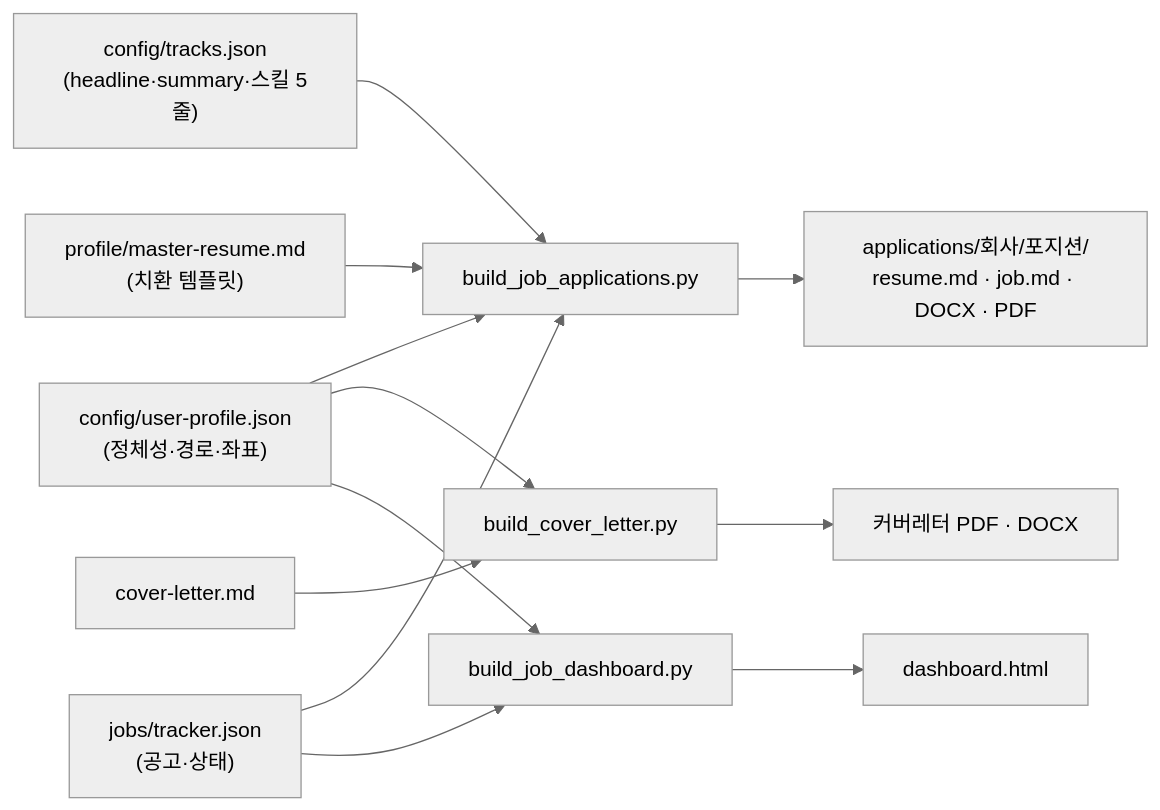
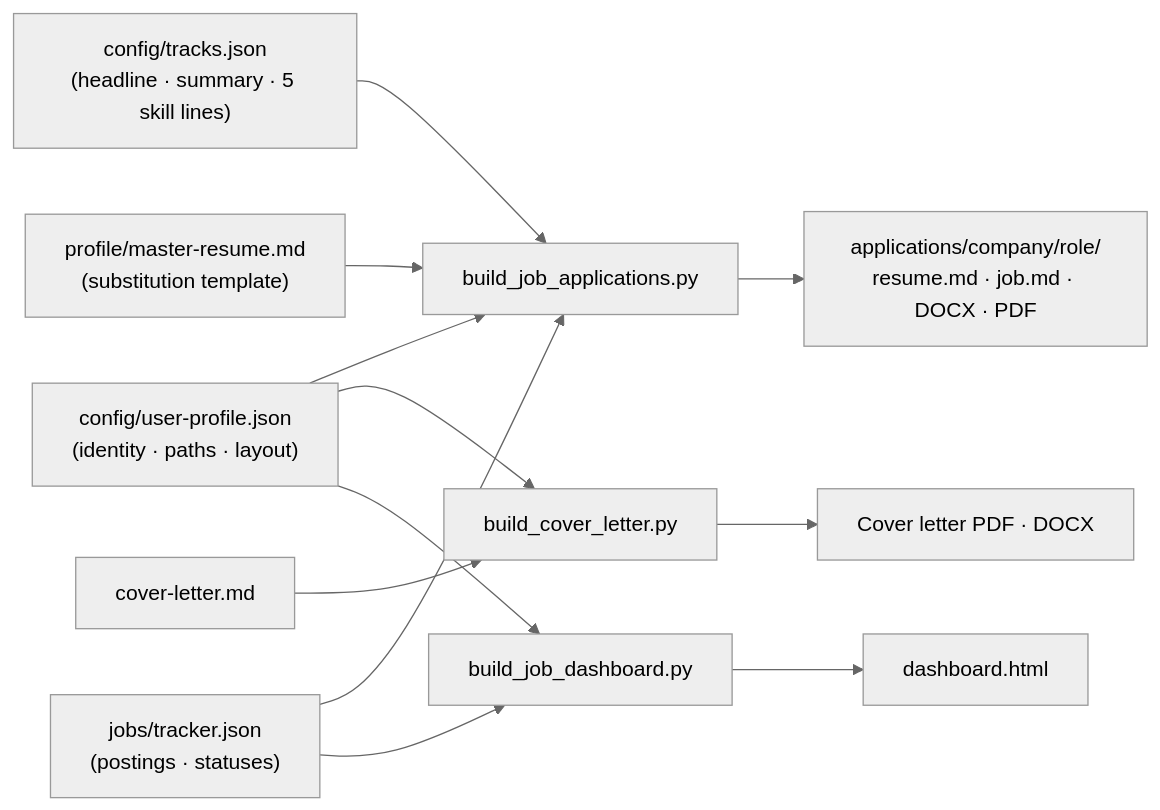
Before and after one commit to Jaeyong-seo/where-is-my-job: the fourth of 4 diagrams in README.md, drawn with Mermaid (neutral theme). The commit also changed other lines of this file, not shown here.

````diff
--- a/README.md
+++ b/README.md
@@ -91,14 +91,14 @@
 ```mermaid
 flowchart LR
-    UP["config/user-profile.json<br/>(정체성·경로·좌표)"] --> BJA
-    TR["config/tracks.json<br/>(headline·summary·스킬 5줄)"] --> BJA
-    MR["profile/master-resume.md<br/>(치환 템플릿)"] --> BJA
-    JT["jobs/tracker.json<br/>(공고·상태)"] --> BJA["build_job_applications.py"]
-    BJA --> APP["applications/회사/포지션/<br/>resume.md · job.md · DOCX · PDF"]
+    UP["config/user-profile.json<br/>(identity · paths · layout)"] --> BJA
+    TR["config/tracks.json<br/>(headline · summary · 5 skill lines)"] --> BJA
+    MR["profile/master-resume.md<br/>(substitution template)"] --> BJA
+    JT["jobs/tracker.json<br/>(postings · statuses)"] --> BJA["build_job_applications.py"]
+    BJA --> APP["applications/company/role/<br/>resume.md · job.md · DOCX · PDF"]
     CL["cover-letter.md"] --> BCL["build_cover_letter.py"]
     UP --> BCL
-    BCL --> CLOUT["커버레터 PDF · DOCX"]
+    BCL --> CLOUT["Cover letter PDF · DOCX"]
     JT --> BJD["build_job_dashboard.py"]
     UP --> BJD
     BJD --> DH["dashboard.html"]
 ```
````
